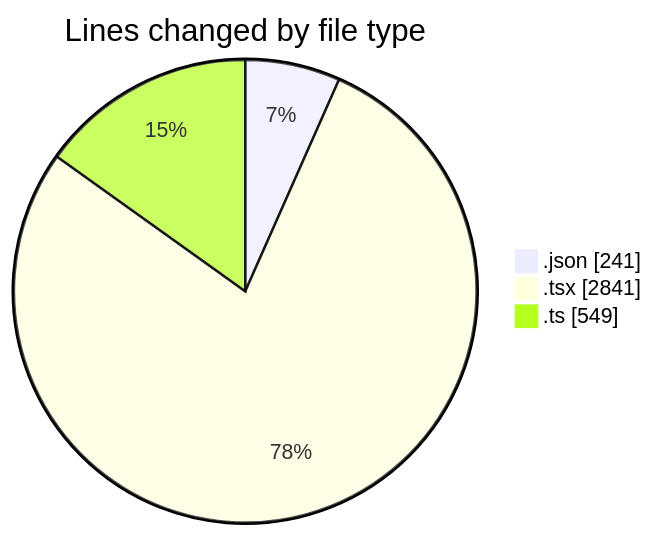
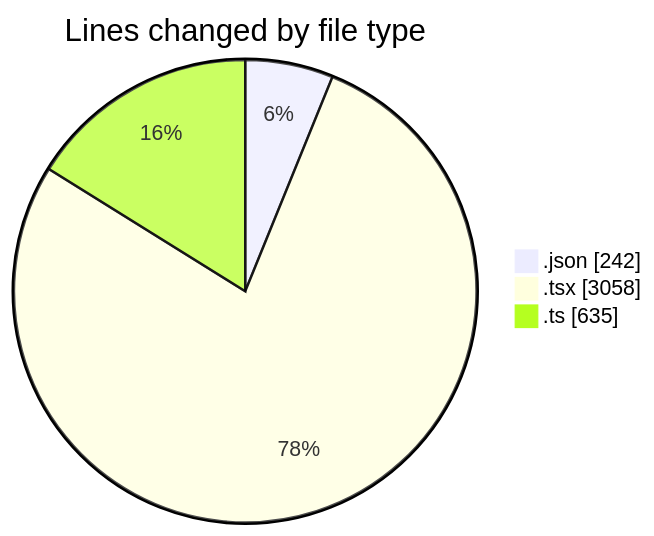
One commit to julien-gomy/code-tracking changed the first of 2 diagrams in 2025-11-17/eventscop-frontend-guide__workspace_/README.md. Above: the diagram before and after it, drawn with Mermaid. The commit also changed other lines of this file and 1 other file, not shown here.

````diff
--- a/2025-11-17/eventscop-frontend-guide__workspace_/README.md
+++ b/2025-11-17/eventscop-frontend-guide__workspace_/README.md
@@ -39,7 +41,7 @@
 ```mermaid
 pie showData
 title Lines changed by file type
-".json" : 241
-".tsx" : 2841
-".ts" : 549
+".json" : 242
+".tsx" : 3058
+".ts" : 635
 ```
````
